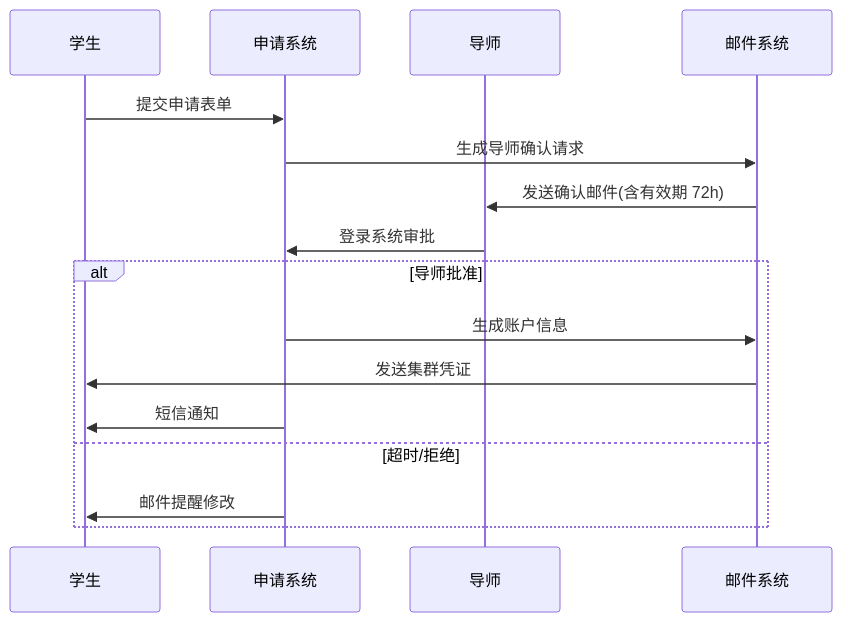
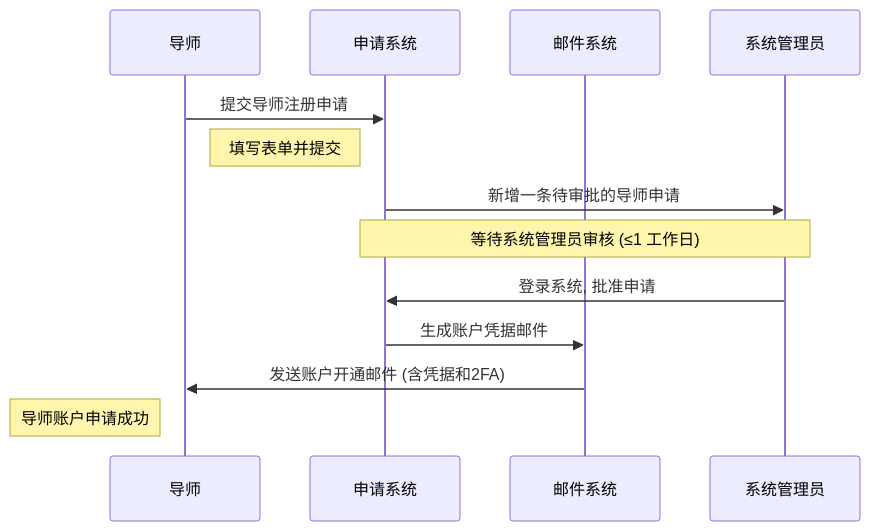
The first of 2 diagrams in docs/guideline/account.md (yliu7949/SAIKS-HPC-docs), drawn with Mermaid before and after one commit. The commit also changed other lines of this file and 12 other files, not shown here.

````diff
--- a/docs/guideline/account.md
+++ b/docs/guideline/account.md
@@ -30,19 +45,19 @@
 ```mermaid
 sequenceDiagram
-    participant S as 学生
+    participant T as 导师
     participant Sys as 申请系统
-    participant T as 导师
     participant M as 邮件系统
+    participant Admin as 系统管理员
+
+    T->>Sys: 提交导师注册申请
+    note right of T: 填写表单并提交
+
+    Sys->>Admin: 新增一条待审批的导师申请
+    note over Sys,Admin: 等待系统管理员审核 (≤1 工作日)
+
+    Admin->>Sys: 登录系统, 批准申请
     
-    S->>Sys: 提交申请表单
-    Sys->>M: 生成导师确认请求
-    M->>T: 发送确认邮件(含有效期 72h)
-    T->>Sys: 登录系统审批
-    alt 导师批准
-        Sys->>M: 生成账户信息
-        M->>S: 发送集群凭证
-        Sys->>S: 短信通知
-    else 超时/拒绝
-        Sys->>S: 邮件提醒修改
-    end
+    Sys->>M: 生成账户凭据邮件
+    M->>T: 发送账户开通邮件 (含凭据和2FA)
+    note left of T: 导师账户申请成功
 ```
````
